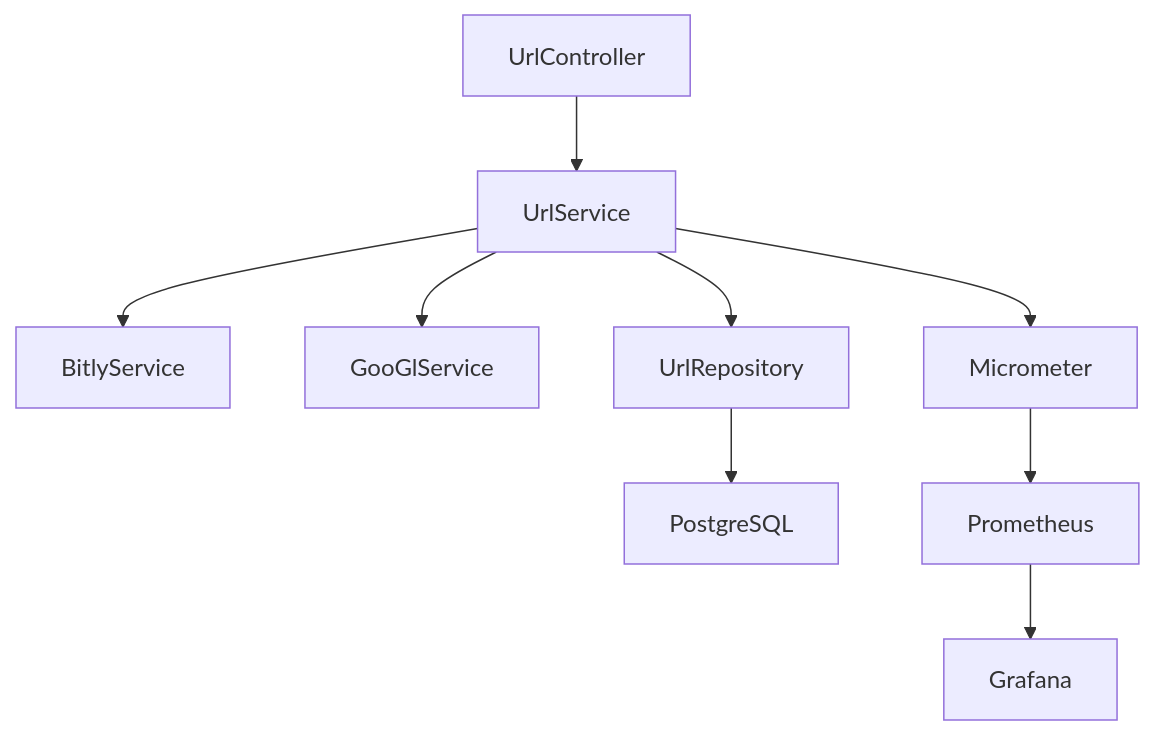
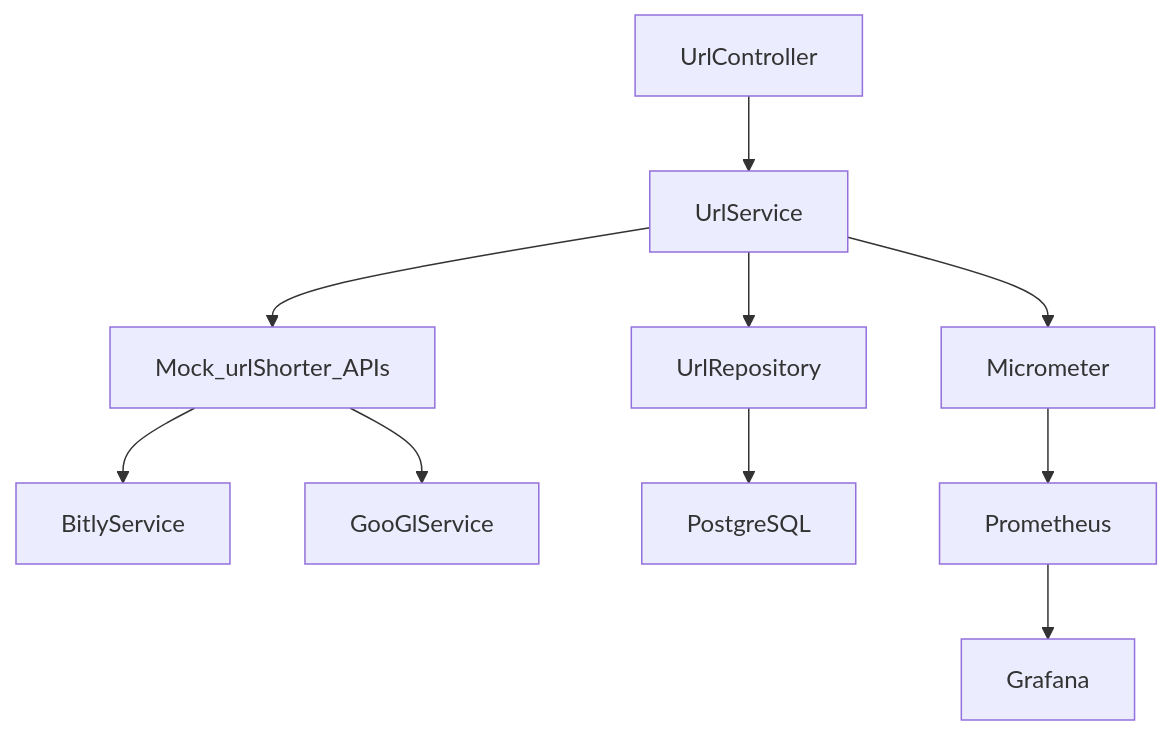
The diagram in README.md (alediaz3112/urlShorter), drawn with Mermaid before and after one commit.

````diff
--- a/README.md
+++ b/README.md
@@ -105,11 +105,12 @@
 ```mermaid
 graph TD;
     A[UrlController] --> B[UrlService];
-    B --> C[BitlyService];
-    B --> D[GooGlService];
+    B --> J[Mock_urlShorter_APIs]
+    J --> C[BitlyService];
+    J --> D[GooGlService];
     B --> E[UrlRepository];
     E --> F[PostgreSQL];
     B --> G[Micrometer];
     G --> H[Prometheus];
     H --> I[Grafana];
 ```
````
